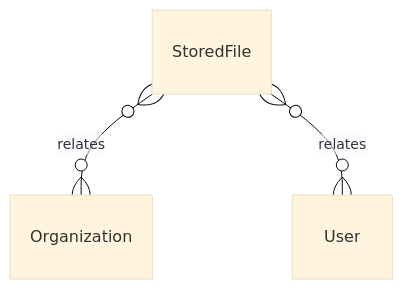
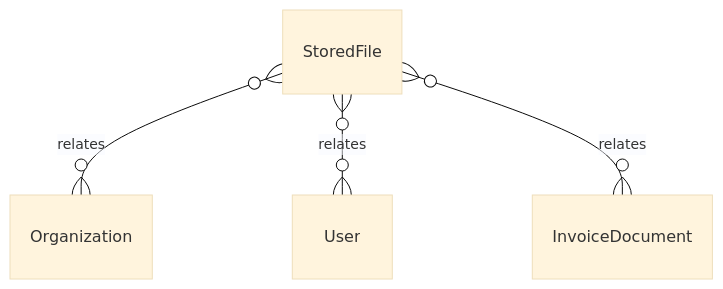
One commit to tejasnirala/rcln changed the diagram in .kb/Database/StoredFile.md. Above: the diagram before and after it, drawn with Mermaid (base theme). The commit also changed other lines of this file and 426 other files, not shown here.

````diff
--- a/.kb/Database/StoredFile.md
+++ b/.kb/Database/StoredFile.md
@@ -44,5 +52,6 @@
 ```mermaid
 erDiagram
     StoredFile }o--o{ Organization : relates
     StoredFile }o--o{ User : relates
+    StoredFile }o--o{ InvoiceDocument : relates
 ```
````
